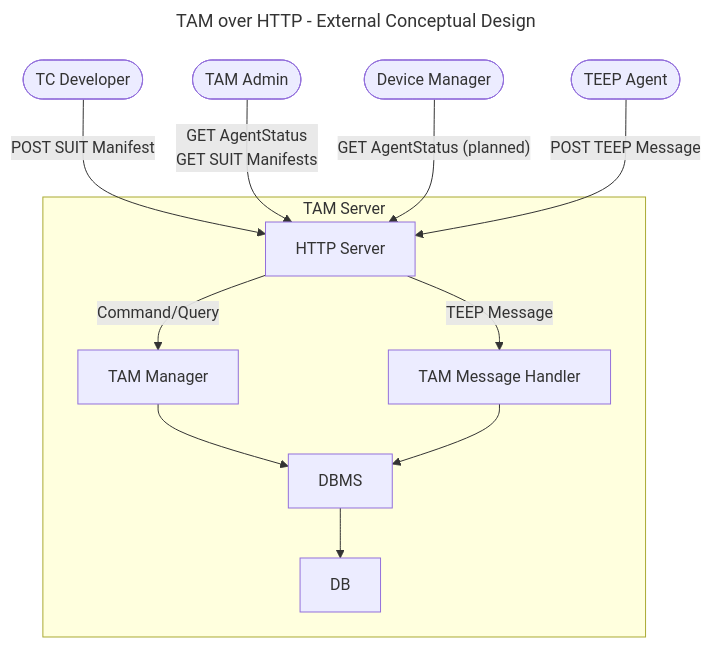
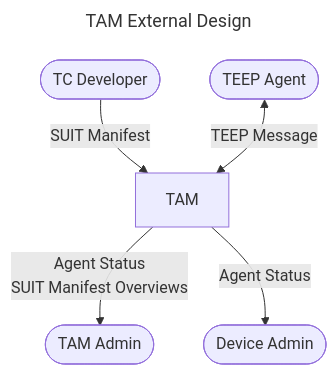
The diagram in doc/EXTERNAL_DESIGN.md (kentakayama/AttesTAM), drawn with Mermaid before and after one commit. The commit also changed other lines of this file and 17 other files, not shown here.

````diff
--- a/doc/EXTERNAL_DESIGN.md
+++ b/doc/EXTERNAL_DESIGN.md
@@ -3,26 +6,13 @@
 ```mermaid
 ---
-title: TAM over HTTP - External Conceptual Design
+title: TAM External Design
 ---
 
 flowchart TB
 
-TCDeveloper([TC Developer]) -- POST SUIT Manifest --> HTTPServer
-TAMAdmin([TAM Admin]) -- GET AgentStatus<br/>GET SUIT Manifests --> HTTPServer
-DeviceManager([Device Manager]) -- GET AgentStatus (planned) --> HTTPServer
-TEEPAgent([TEEP Agent]) -- POST TEEP Message --> HTTPServer
-
-subgraph TAM Server
-    HTTPServer[HTTP Server]
-    TAMManager[TAM Manager]
-    TAMoverHTTP[TAM Message Handler]
-    DBMS[DBMS]
-
-    HTTPServer -- TEEP Message --> TAMoverHTTP
-    HTTPServer -- Command/Query --> TAMManager
-    TAMManager --> DBMS    
-    TAMoverHTTP --> DBMS
-    DBMS --> DB
-end
-
+TCDeveloper([TC Developer]) -- SUIT Manifest --> TAM
+TAM -- Agent Status<br/>SUIT Manifest Overviews --> TAMAdmin([TAM Admin])
+TAM -- Agent Status --> DeviceManager([Device Admin])
+TEEPAgent([TEEP Agent]) <-- TEEP Message --> TAM
+TAM[TAM]
 ```
````
